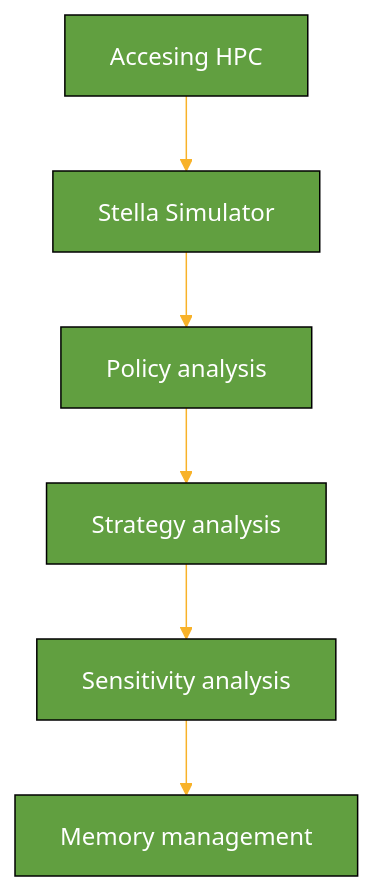
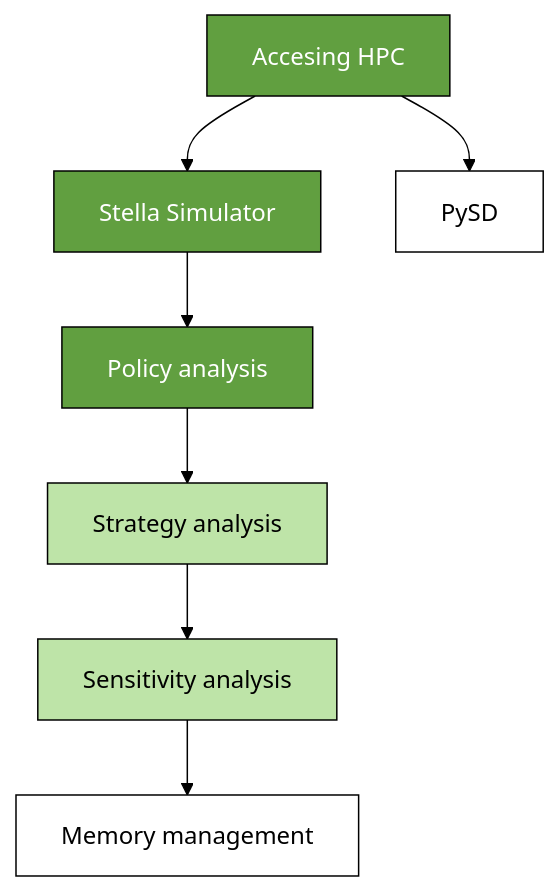
The diagram in README.md (CBSDLab/SD4DS), drawn with Mermaid before and after one commit.

````diff
--- a/README.md
+++ b/README.md
@@ -21,20 +21,25 @@
 ```mermaid
 ---
 config:
   theme: 'base'
   themeVariables:
     primaryColor: '#619F40'
     primaryTextColor: '#FFFFFF'
     primaryBorderColor: '#000000'
-    lineColor: '#F8B229'
+    lineColor: '#000000'
     secondaryColor: '#006100'
     tertiaryColor: '#fff'
 ---
 flowchart TB
 
 A[Accesing HPC] -->B[Stella Simulator]
+A --> PySD[PySD]
+style PySD fill:#FFFFFF, color:#000000
 B --> C[Policy analysis]
 C --> D[Strategy analysis]
+style D fill:#BEE4A8, color:#000000
 D --> E[Sensitivity analysis]
+style E fill:#BEE4A8, color:#000000
 E --> F[Memory management]
+style F fill:#FFFFFF, color:#000000
 ```
````
